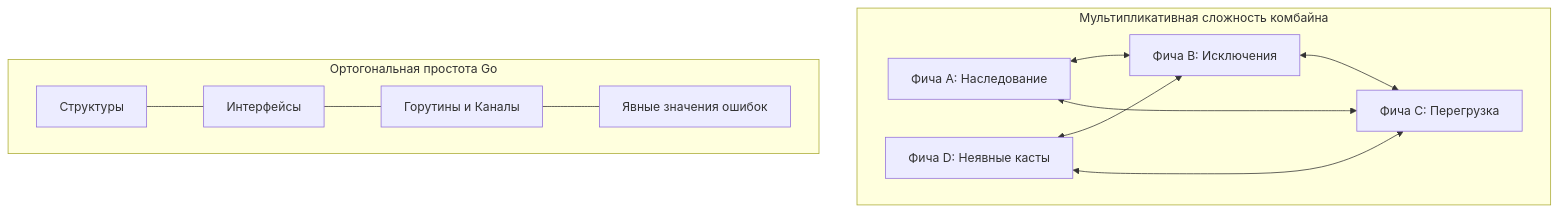
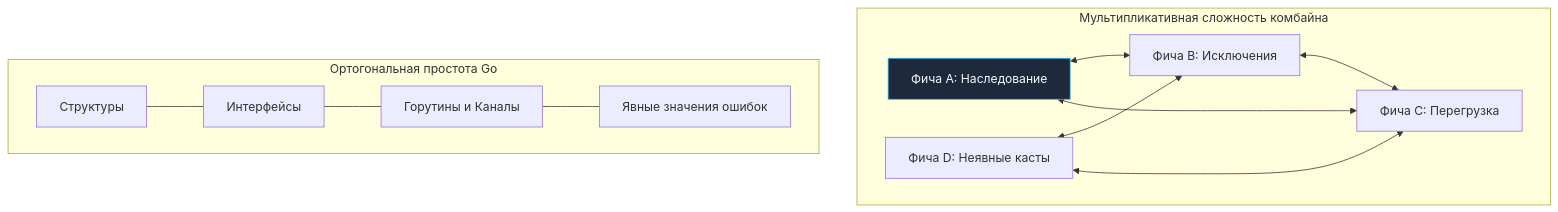
Before and after one commit to UnrealTemplier/go-textbook: the first of 2 diagrams in sources/4. История и философия Go/5. Философия Go. Простота, читаемость и прагматизм.md, drawn with Mermaid. The commit also changed 1666 other files, not shown here.

First line of the commit message:
feat(mermaid): add semantic color classDef to 1369 colorless flowchart/graph diagrams

````diff
--- a/sources/4. История и философия Go/5. Философия Go. Простота, читаемость и прагматизм.md
+++ b/sources/4. История и философия Go/5. Философия Go. Простота, читаемость и прагматизм.md
@@ -14,16 +14,26 @@
 ```mermaid
 flowchart TD
+    classDef process  fill:#1e293b,stroke:#38bdf8,stroke-width:1px,color:#f8fafc
+    classDef success  fill:#064e3b,stroke:#34d399,stroke-width:1px,color:#f8fafc
+    classDef error    fill:#7f1d1d,stroke:#f87171,stroke-width:1px,color:#f8fafc
+    classDef warning  fill:#78350f,stroke:#fbbf24,stroke-width:1px,color:#f8fafc
+    classDef entry    fill:#1e3a5f,stroke:#38bdf8,stroke-width:2px,color:#f8fafc
+    classDef aux      fill:#334155,stroke:#64748b,stroke-width:1px,color:#f8fafc
+    classDef system   fill:#312e81,stroke:#a78bfa,stroke-width:1px,color:#f8fafc
+    classDef data     fill:#132d29,stroke:#2dd4bf,stroke-width:1px,color:#f8fafc
+    classDef network  fill:#881337,stroke:#fb7185,stroke-width:1px,color:#f8fafc
+    classDef accent   fill:#1e1b4b,stroke:#818cf8,stroke-width:1px,color:#f8fafc
     subgraph Multiplicative["Мультипликативная сложность комбайна"]
-        F1["Фича A: Наследование"] <--> F2["Фича B: Исключения"]
+        F1["Фича A: Наследование"]:::process <--> F2["Фича B: Исключения"]
         F2 <--> F3["Фича C: Перегрузка"]
         F3 <--> F1
         F4["Фича D: Неявные касты"] <--> F2
         F4 <--> F3
     end
 
     subgraph Orthogonal["Ортогональная простота Go"]
         G1["Структуры"] --- G2["Интерфейсы"]
         G2 --- G3["Горутины и Каналы"]
         G3 --- G4["Явные значения ошибок"]
     end
 ```
````
